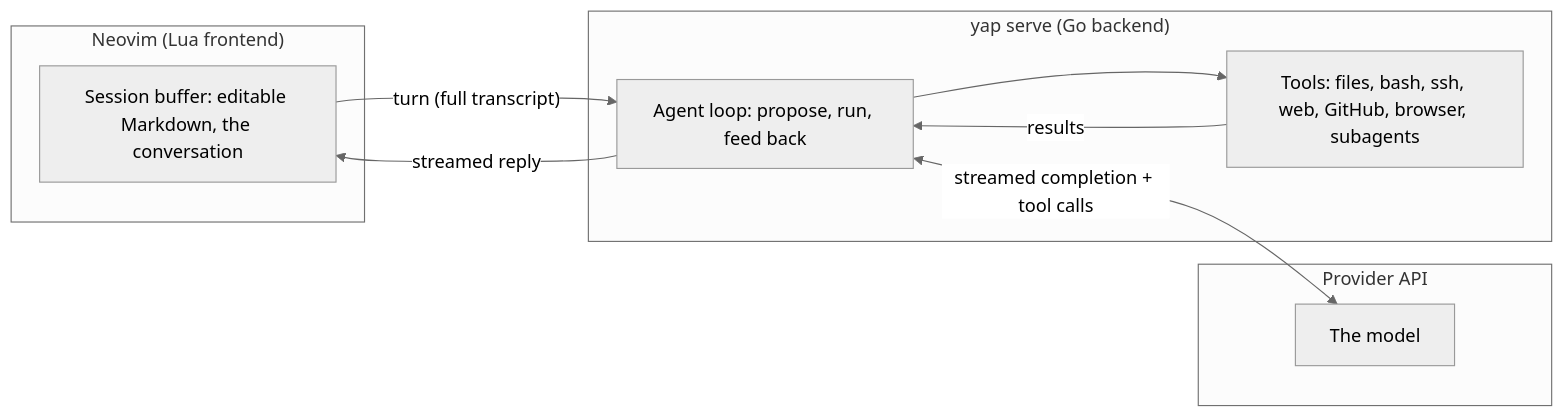
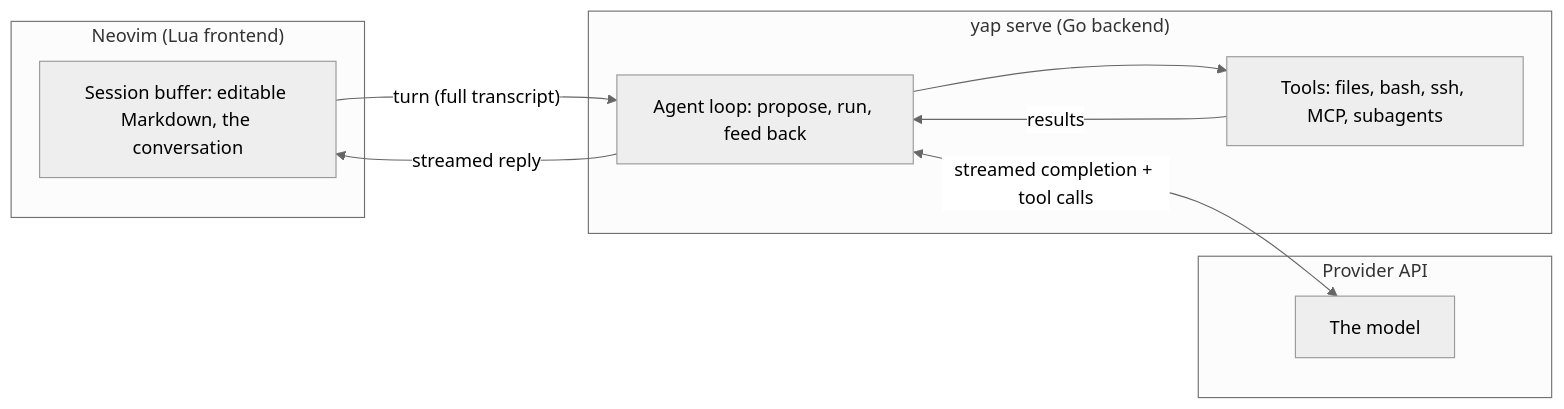
One commit to noisesfromspace/yap changed the diagram in README.md. Above: the diagram before and after it, drawn with Mermaid (neutral theme). The commit also changed other lines of this file and 35 other files, not shown here.

````diff
--- a/README.md
+++ b/README.md
@@ -61,18 +62,18 @@
 ```mermaid
 flowchart LR
     subgraph FE["Neovim (Lua frontend)"]
         A["Session buffer: editable Markdown, the conversation"]
     end
     subgraph BE["yap serve (Go backend)"]
         B["Agent loop: propose, run, feed back"]
-        C["Tools: files, bash, ssh, web, GitHub, browser, subagents"]
+        C["Tools: files, bash, ssh, MCP, subagents"]
     end
     subgraph P["Provider API"]
         D["The model"]
     end
     A -->|"turn (full transcript)"| B
     B <-->|"streamed completion + tool calls"| D
     B --> C
     C -->|"results"| B
     B -->|"streamed reply"| A
 ```
````
